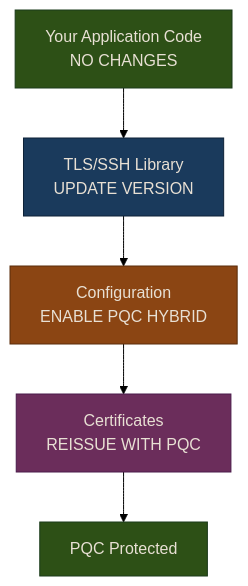
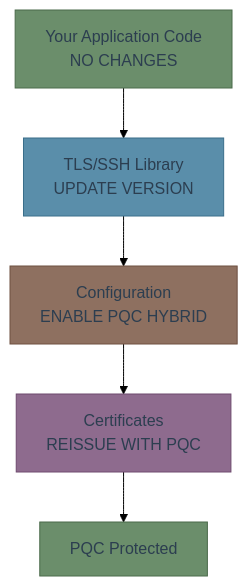
One commit to MichaelTien8901/pqc-engineering-guide changed the second of 2 diagrams in 04-integration-patterns.md. Above: the diagram before and after it, drawn with Mermaid (forest theme). The commit also changed 8 other files, not shown here.

First line of the commit message:
Fix Mermaid paper-like styling matching reference project

````diff
--- a/04-integration-patterns.md
+++ b/04-integration-patterns.md
@@ -133,18 +133,18 @@
 ```mermaid
 flowchart TD
     APP[Your Application Code<br/>NO CHANGES] --> LIB[TLS/SSH Library<br/>UPDATE VERSION]
     LIB --> CONF[Configuration<br/>ENABLE PQC HYBRID]
     CONF --> CERT[Certificates<br/>REISSUE WITH PQC]
     CERT --> DONE[PQC Protected]
 
-    classDef nochange fill:#2d5016,stroke:#1a3a1a,color:#e8e0d4
-    classDef update fill:#1a3a5c,stroke:#0d2137,color:#e8e0d4
-    classDef config fill:#8b4513,stroke:#5a2d0a,color:#e8e0d4
-    classDef cert fill:#6b2d5b,stroke:#4a1a4a,color:#e8e0d4
+    classDef nochange fill:#6b8e6b,stroke:#4a6a4a,color:#2c3e50
+    classDef update fill:#5a8eaa,stroke:#3a6e8a,color:#2c3e50
+    classDef config fill:#8e7060,stroke:#6e5040,color:#2c3e50
+    classDef cert fill:#8e6b8e,stroke:#6e4a6e,color:#2c3e50
 
     class APP nochange
     class LIB update
     class CONF config
     class CERT cert
     class DONE nochange
 ```
````
